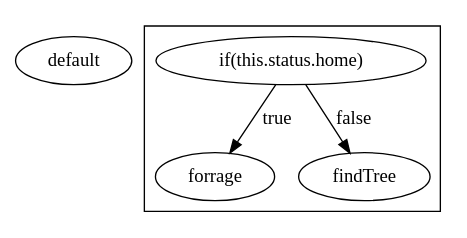
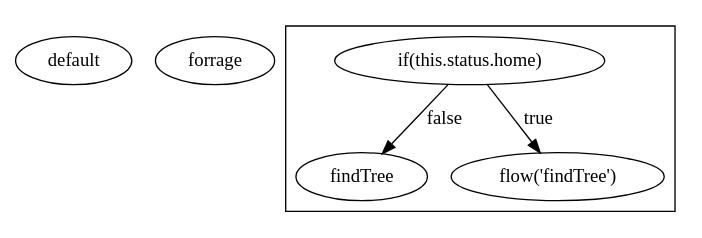
Before and after one commit to shuuki/you-are-dawg: the diagram in src/behaviour/dots/squirrel.dot, drawn with Graphviz. The commit also changed 3 other files, not shown here.

```diff
--- a/src/behaviour/dots/squirrel.dot
+++ b/src/behaviour/dots/squirrel.dot
@@ -1,15 +1,16 @@
 digraph {
 
 // Terminal state transition nodes
 goHome[label="default", shape="ellipse"]
 goForrage[label="forrage", shape="ellipse"]
 goFindTree[label="findTree", shape="ellipse"]
 
 // State clusters
 subgraph clusterdefault {
+	test [label="flow('findTree')"]
 	home [label="if(this.status.home)"];
-	home -> goForrage [label="true"];
+	home -> test [label="true"];
 	home -> goFindTree [label="false"];
 }
 
 }
```
